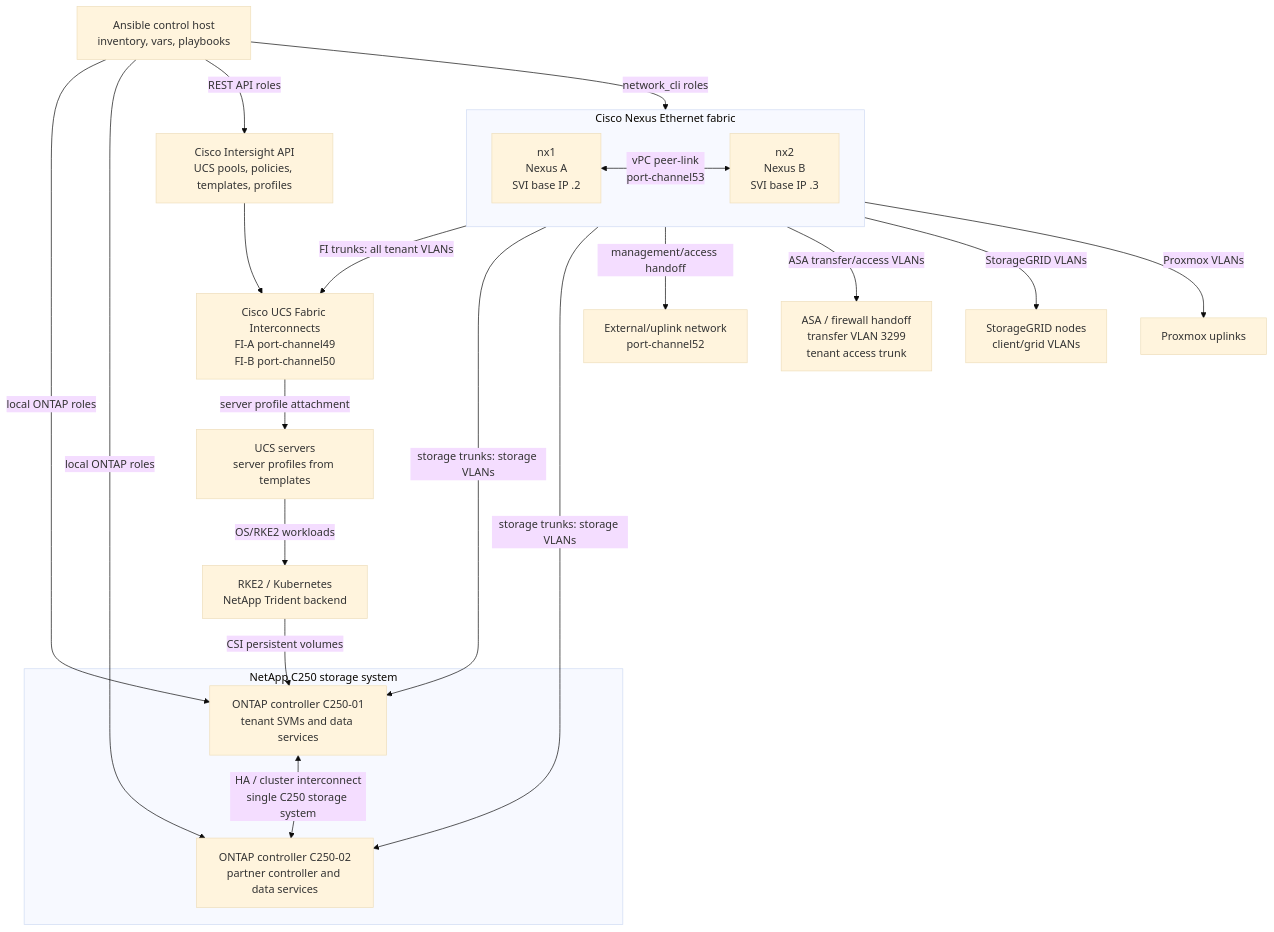
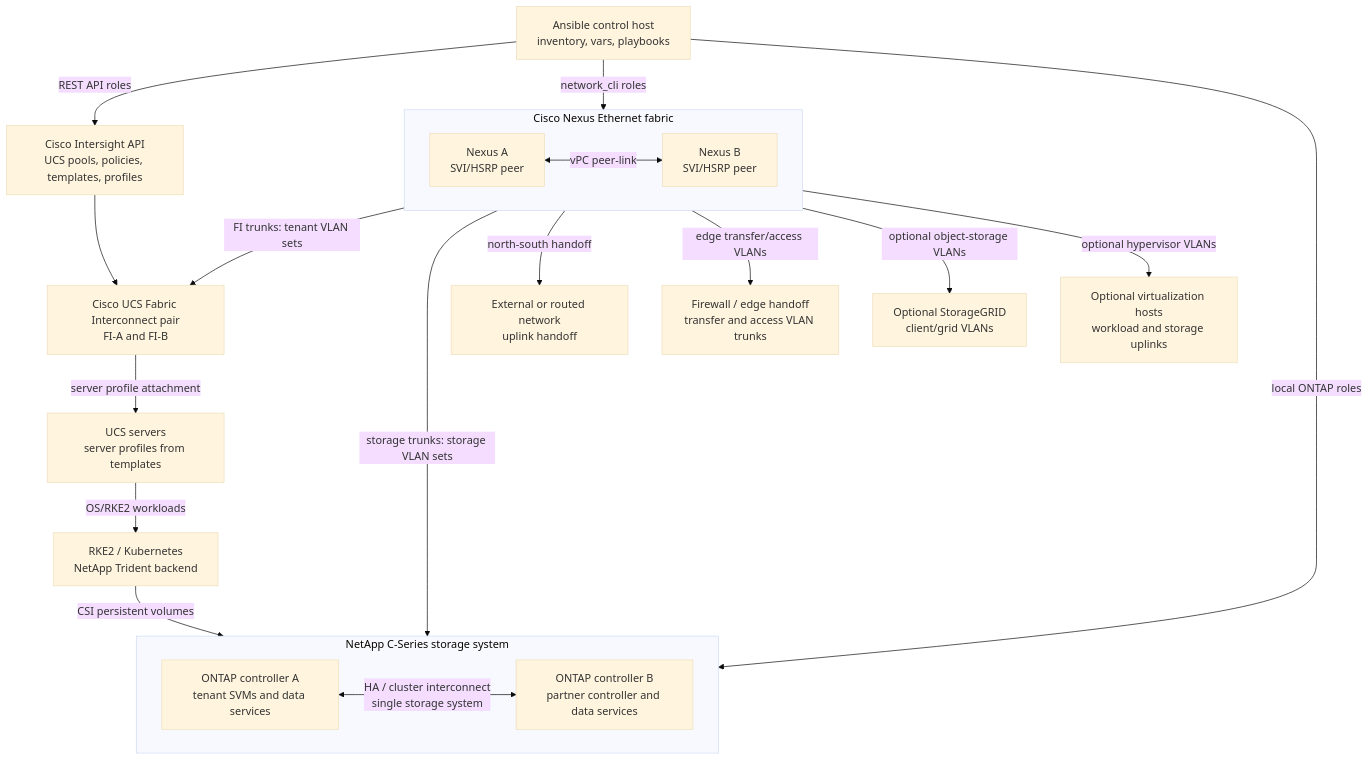
Before and after one commit to ukleidon/FlexPod-IMM-Rancher: the first of 3 diagrams in docs/architecture-overview.md, drawn with Mermaid (base theme). The commit also changed other lines of this file and 92 other files, not shown here.

````diff
--- a/docs/architecture-overview.md
+++ b/docs/architecture-overview.md
@@ -21,40 +20,38 @@
 ```mermaid
 flowchart TB
   operator["Ansible control host<br/>inventory, vars, playbooks"]
   intersight["Cisco Intersight API<br/>UCS pools, policies, templates, profiles"]
 
   subgraph ethernet["Cisco Nexus Ethernet fabric"]
-    nx1["nx1<br/>Nexus A<br/>SVI base IP .2"]
-    nx2["nx2<br/>Nexus B<br/>SVI base IP .3"]
-    nx1 <-->|"vPC peer-link<br/>port-channel53"| nx2
+    nxa["Nexus A<br/>SVI/HSRP peer"]
+    nxb["Nexus B<br/>SVI/HSRP peer"]
+    nxa <-->|"vPC peer-link"| nxb
   end
 
-  upstream["External/uplink network<br/>port-channel52"]
-  asa["ASA / firewall handoff<br/>transfer VLAN 3299<br/>tenant access trunk"]
-  fi["Cisco UCS Fabric Interconnects<br/>FI-A port-channel49<br/>FI-B port-channel50"]
+  upstream["External or routed network<br/>uplink handoff"]
+  firewall["Firewall / edge handoff<br/>transfer and access VLAN trunks"]
+  fi["Cisco UCS Fabric Interconnect pair<br/>FI-A and FI-B"]
   ucs["UCS servers<br/>server profiles from templates"]
-  subgraph c250["NetApp C250 storage system"]
-    ontap1["ONTAP controller C250-01<br/>tenant SVMs and data services"]
-    ontap2["ONTAP controller C250-02<br/>partner controller and data services"]
-    ontap1 <-->|"HA / cluster interconnect<br/>single C250 storage system"| ontap2
+  subgraph storage["NetApp C-Series storage system"]
+    storagea["ONTAP controller A<br/>tenant SVMs and data services"]
+    storageb["ONTAP controller B<br/>partner controller and data services"]
+    storagea <-->|"HA / cluster interconnect<br/>single storage system"| storageb
   end
-  sg["StorageGRID nodes<br/>client/grid VLANs"]
-  proxmox["Proxmox uplinks"]
+  objectstore["Optional StorageGRID<br/>client/grid VLANs"]
+  hypervisor["Optional virtualization hosts<br/>workload and storage uplinks"]
   k8s["RKE2 / Kubernetes<br/>NetApp Trident backend"]
 
   operator -->|"network_cli roles"| ethernet
-  operator -->|"local ONTAP roles"| ontap1
-  operator -->|"local ONTAP roles"| ontap2
+  operator -->|"local ONTAP roles"| storage
   operator -->|"REST API roles"| intersight
   intersight --> fi
   fi -->|"server profile attachment"| ucs
-  ethernet -->|"FI trunks: all tenant VLANs"| fi
-  ethernet -->|"storage trunks: storage VLANs"| ontap1
-  ethernet -->|"storage trunks: storage VLANs"| ontap2
-  ethernet -->|"management/access handoff"| upstream
-  ethernet -->|"ASA transfer/access VLANs"| asa
-  ethernet -->|"StorageGRID VLANs"| sg
-  ethernet -->|"Proxmox VLANs"| proxmox
-  k8s -->|"CSI persistent volumes"| ontap1
+  ethernet -->|"FI trunks: tenant VLAN sets"| fi
+  ethernet -->|"storage trunks: storage VLAN sets"| storage
+  ethernet -->|"north-south handoff"| upstream
+  ethernet -->|"edge transfer/access VLANs"| firewall
+  ethernet -->|"optional object-storage VLANs"| objectstore
+  ethernet -->|"optional hypervisor VLANs"| hypervisor
   ucs -->|"OS/RKE2 workloads"| k8s
+  k8s -->|"CSI persistent volumes"| storage
 ```
````
